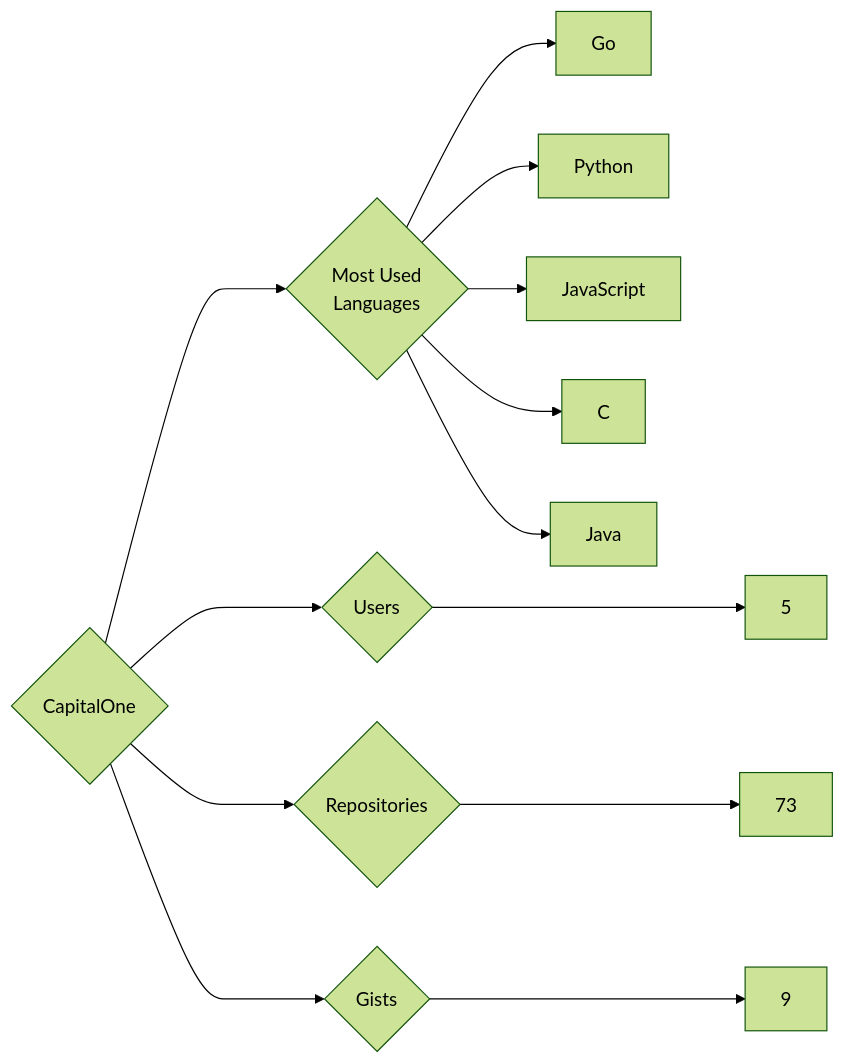
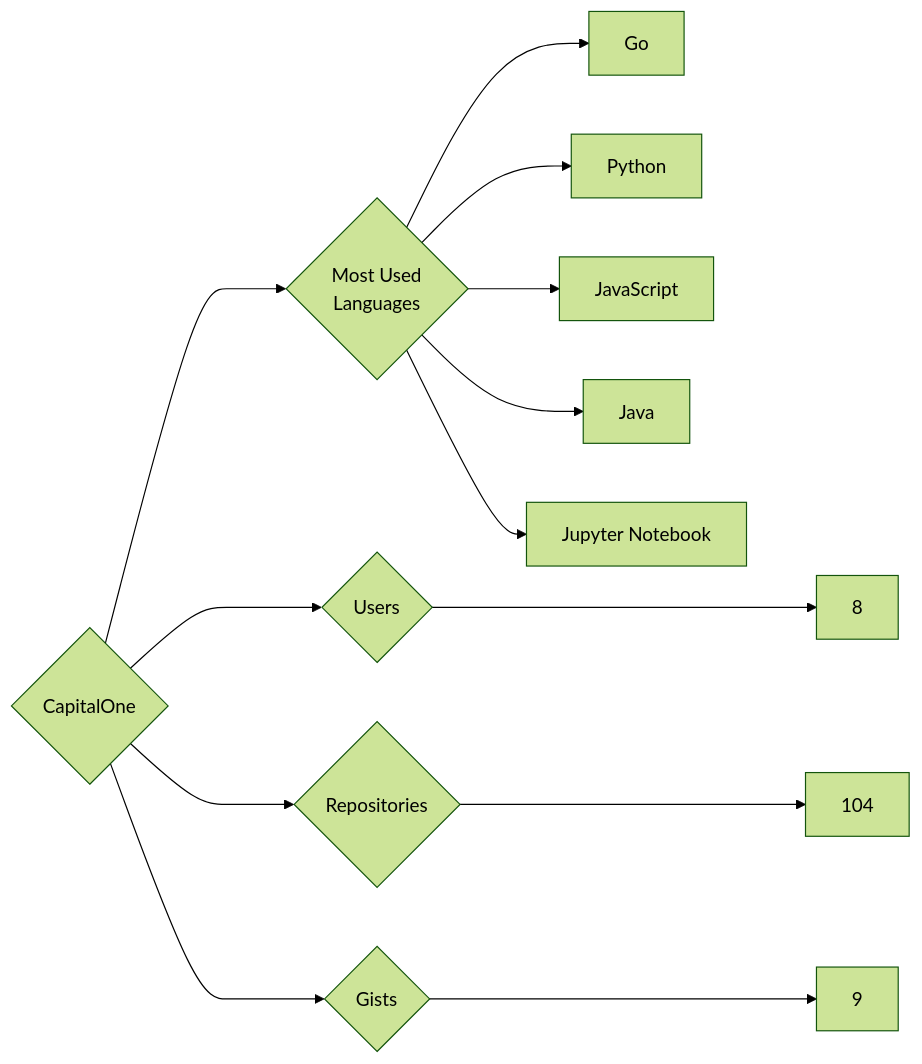
The diagram in targets/CapitalOne/README.md (trickest/insiders), drawn with Mermaid (forest theme) before and after one commit. The commit also changed 1020 other files, not shown here.

````diff
--- a/targets/CapitalOne/README.md
+++ b/targets/CapitalOne/README.md
@@ -3,13 +3,13 @@
 ```mermaid
 graph LR
 COMPANY_NAME{CapitalOne}
-COMPANY_NAME ---> U{Users} ---> UN[5]
-COMPANY_NAME ---> R{Repositories} ---> RN[73]
+COMPANY_NAME ---> U{Users} ---> UN[8]
+COMPANY_NAME ---> R{Repositories} ---> RN[104]
 COMPANY_NAME ---> G{Gists} ---> GN[9]
 COMPANY_NAME ---> ML{Most Used<br>Languages}
 ML --> Go[Go]
 ML --> Python[Python]
 ML --> JavaScript[JavaScript]
-ML --> C[C]
 ML --> Java[Java]
+ML --> Jupyter_Notebook[Jupyter Notebook]
 ```
````
